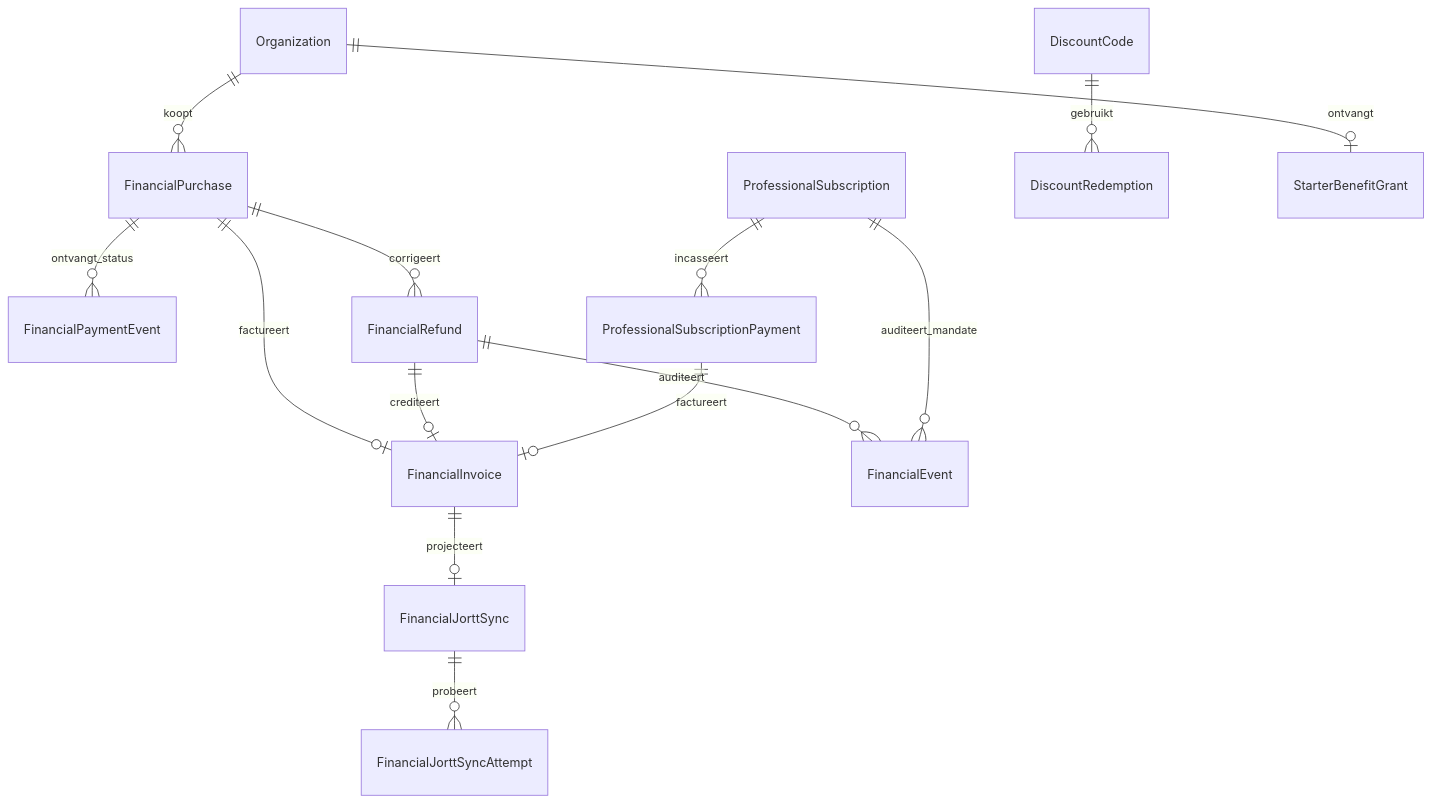
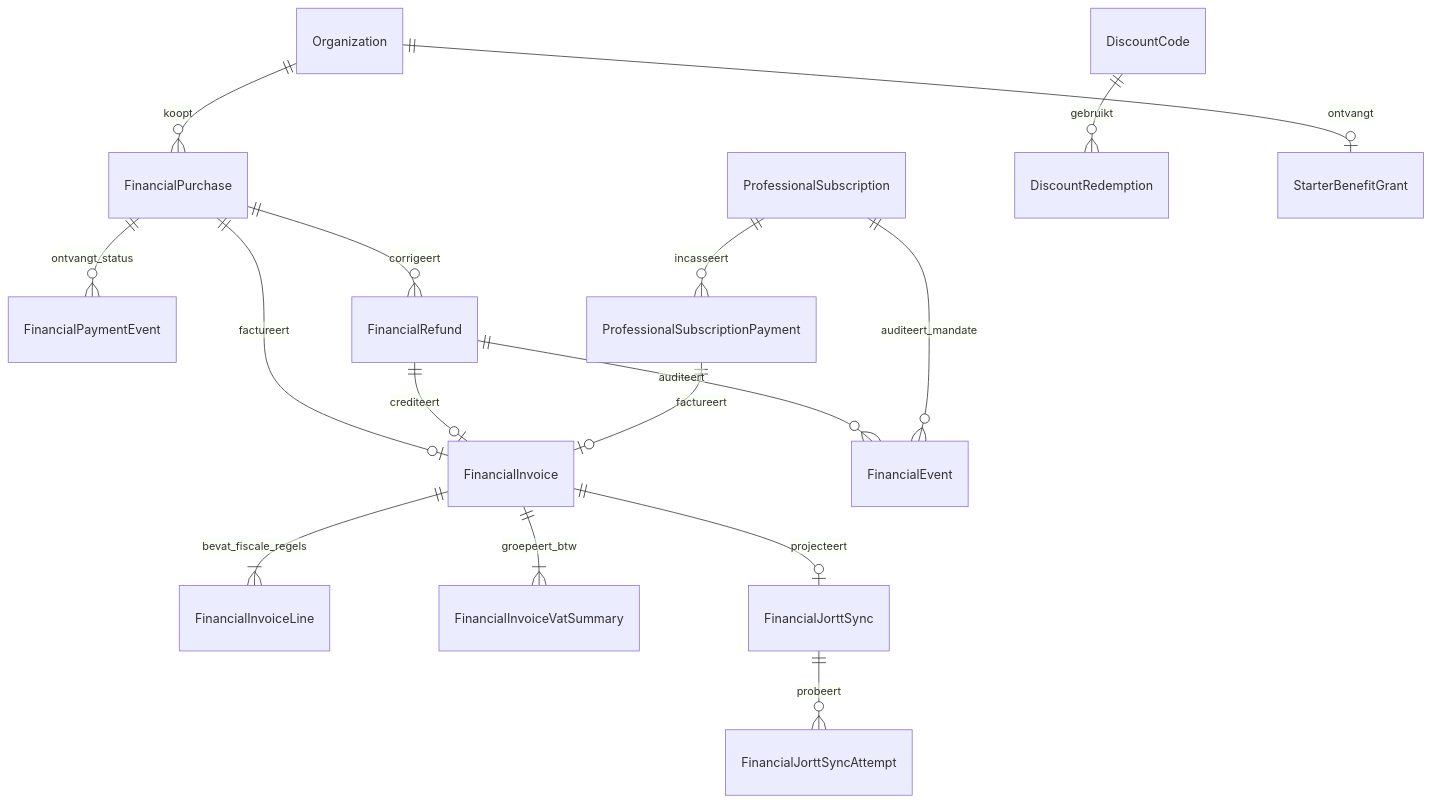
Before and after one commit to WorkMatchr/platform: diagram 17 of 18 in docs/ERD.md, drawn with Mermaid. The commit also changed 19 other files, not shown here.

````diff
--- a/docs/ERD.md
+++ b/docs/ERD.md
@@ -644,16 +644,18 @@
 ```mermaid
 erDiagram
   Organization ||--o{ FinancialPurchase : koopt
   FinancialPurchase ||--o{ FinancialPaymentEvent : ontvangt_status
   FinancialPurchase ||--o| FinancialInvoice : factureert
+  FinancialInvoice ||--|{ FinancialInvoiceLine : bevat_fiscale_regels
+  FinancialInvoice ||--|{ FinancialInvoiceVatSummary : groepeert_btw
   FinancialPurchase ||--o{ FinancialRefund : corrigeert
   FinancialRefund ||--o| FinancialInvoice : crediteert
   FinancialRefund ||--o{ FinancialEvent : auditeert
   ProfessionalSubscription ||--o{ FinancialEvent : auditeert_mandate
   ProfessionalSubscription ||--o{ ProfessionalSubscriptionPayment : incasseert
   ProfessionalSubscriptionPayment ||--o| FinancialInvoice : factureert
   FinancialInvoice ||--o| FinancialJorttSync : projecteert
   FinancialJorttSync ||--o{ FinancialJorttSyncAttempt : probeert
   DiscountCode ||--o{ DiscountRedemption : gebruikt
   Organization ||--o| StarterBenefitGrant : ontvangt
 ```
````
